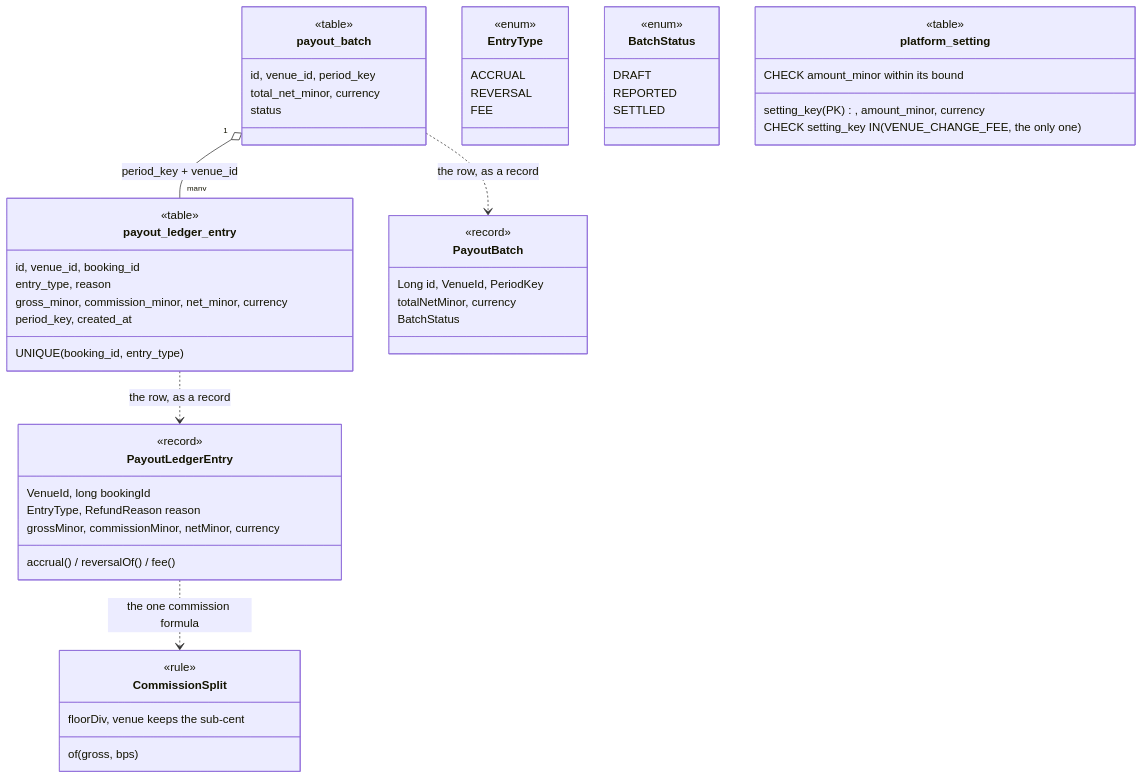
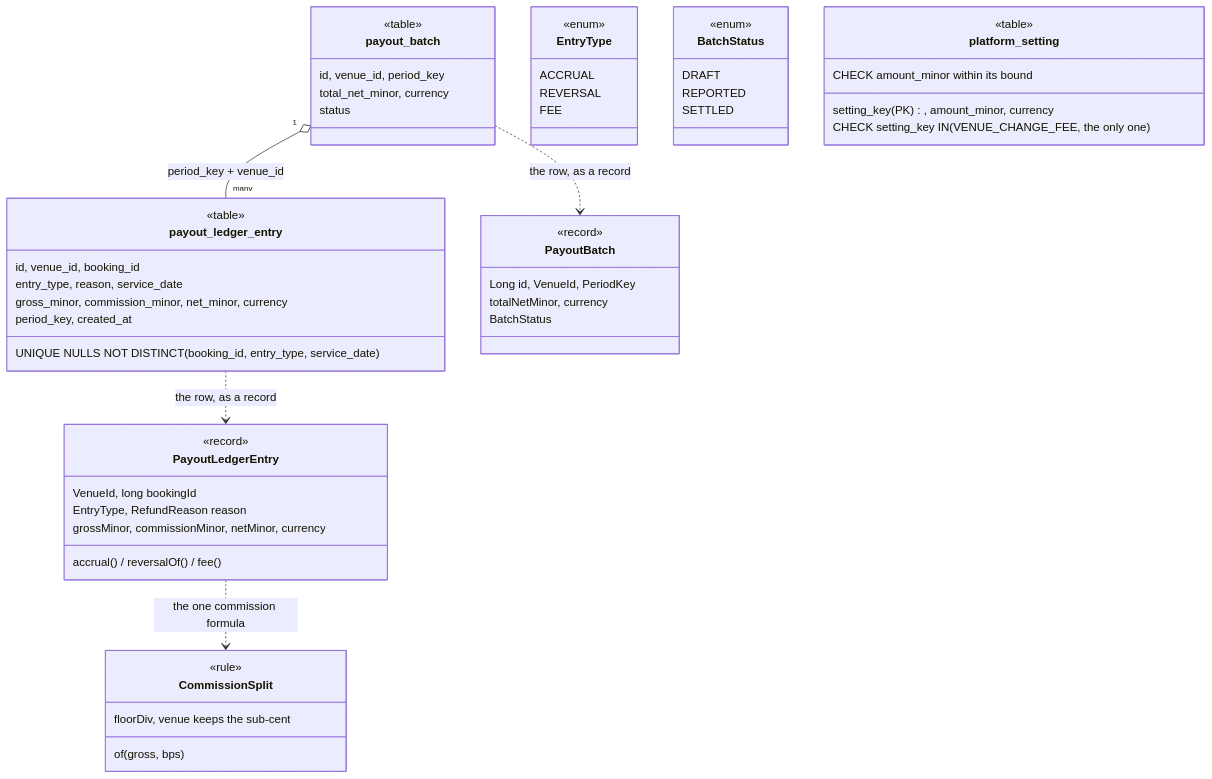
The seventh of 15 diagrams in docs/architecture/domain-model.md (ivopogace/riviera-sunbed-booking), drawn with Mermaid before and after one commit. The commit also changed other lines of this file and 141 other files, not shown here.

````diff
--- a/docs/architecture/domain-model.md
+++ b/docs/architecture/domain-model.md
@@ -485,57 +496,57 @@
 ```mermaid
 classDiagram
     class payout_ledger_entry {
         <<table>>
         id, venue_id, booking_id
-        entry_type, reason
+        entry_type, reason, service_date
         gross_minor, commission_minor, net_minor, currency
         period_key, created_at
-        UNIQUE (booking_id, entry_type)
+        UNIQUE NULLS NOT DISTINCT (booking_id, entry_type, service_date)
     }
     class payout_batch {
         <<table>>
         id, venue_id, period_key
         total_net_minor, currency
         status
     }
     class PayoutLedgerEntry {
         <<record>>
         VenueId, long bookingId
         EntryType, RefundReason reason
         grossMinor, commissionMinor, netMinor, currency
         accrual() / reversalOf() / fee()
     }
     class PayoutBatch {
         <<record>>
         Long id, VenueId, PeriodKey
         totalNetMinor, currency
         BatchStatus
     }
     class CommissionSplit {
         <<rule>>
         of(gross, bps)
         floorDiv, venue keeps the sub-cent
     }
     class EntryType {
         <<enum>>
         ACCRUAL
         REVERSAL
         FEE
     }
     class BatchStatus {
         <<enum>>
         DRAFT
         REPORTED
         SETTLED
     }
     class platform_setting {
         <<table>>
         setting_key (PK), amount_minor, currency
         CHECK setting_key IN (VENUE_CHANGE_FEE, the only one)
         CHECK amount_minor within its bound
     }
     payout_ledger_entry ..> PayoutLedgerEntry : the row, as a record
     payout_batch ..> PayoutBatch : the row, as a record
     PayoutLedgerEntry ..> CommissionSplit : the one commission formula
     payout_batch "1" o-- "many" payout_ledger_entry : period_key + venue_id
 ```
````
